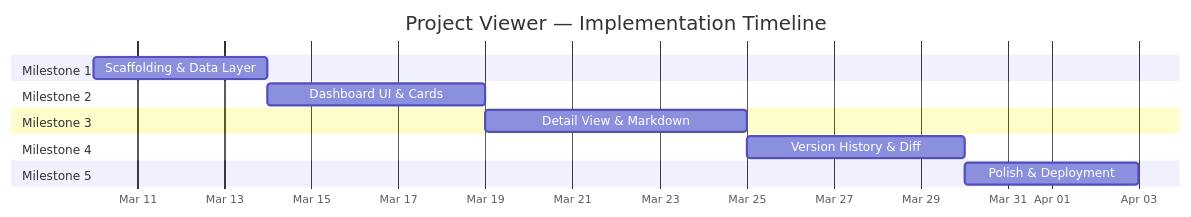
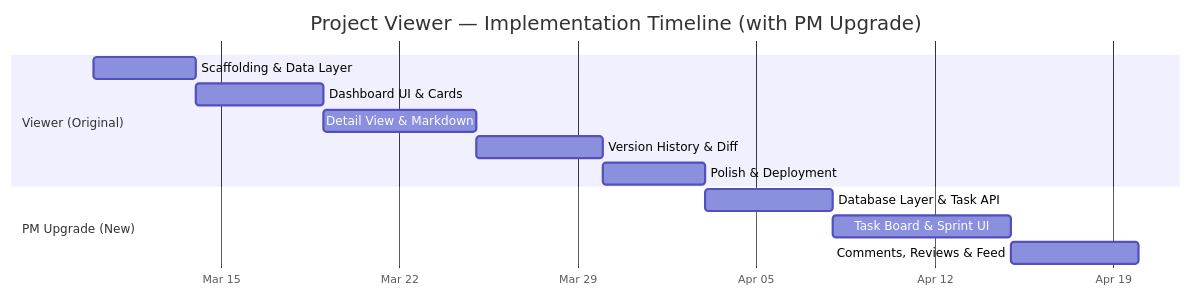
Before and after one commit to baoln1412/project-planning: the diagram in projects/project-viewer/implementation-plan.md, drawn with Mermaid. The commit also changed other lines of this file and 12 other files, not shown here.

First line of the commit message:
feat: add game-publishing-data-architect skill + update v2 plan

````diff
--- a/projects/project-viewer/implementation-plan.md
+++ b/projects/project-viewer/implementation-plan.md
@@ -155,21 +267,18 @@
 ```mermaid
 gantt
-    title Project Viewer — Implementation Timeline
+    title Project Viewer — Implementation Timeline (with PM Upgrade)
     dateFormat  YYYY-MM-DD
     axisFormat  %b %d
 
-    section Milestone 1
+    section Viewer (Original)
     Scaffolding & Data Layer     :m1, 2026-03-10, 4d
+    Dashboard UI & Cards         :m2, after m1, 5d
+    Detail View & Markdown       :m3, after m2, 6d
+    Version History & Diff       :m4, after m3, 5d
+    Polish & Deployment          :m5, after m4, 4d
 
-    section Milestone 2
-    Dashboard UI & Cards         :m2, after m1, 5d
-
-    section Milestone 3
-    Detail View & Markdown       :m3, after m2, 6d
-
-    section Milestone 4
-    Version History & Diff       :m4, after m3, 5d
-
-    section Milestone 5
-    Polish & Deployment          :m5, after m4, 4d
+    section PM Upgrade (New)
+    Database Layer & Task API    :m6, after m5, 5d
+    Task Board & Sprint UI      :m7, after m6, 7d
+    Comments, Reviews & Feed    :m8, after m7, 5d
 ```
````
